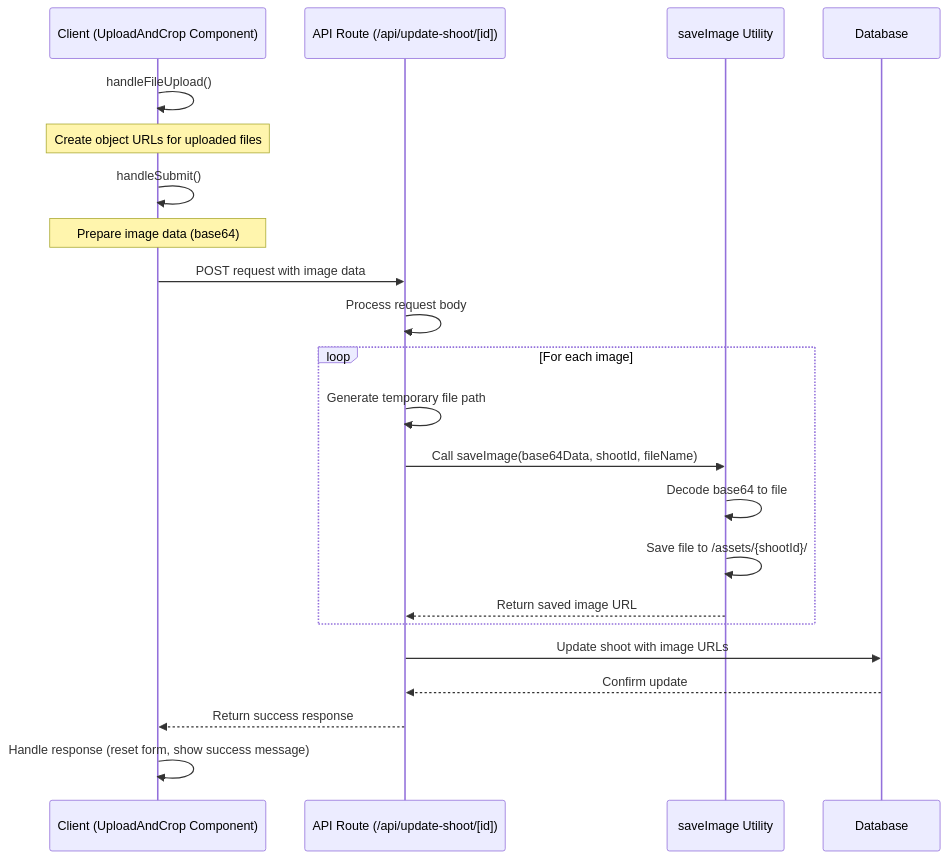
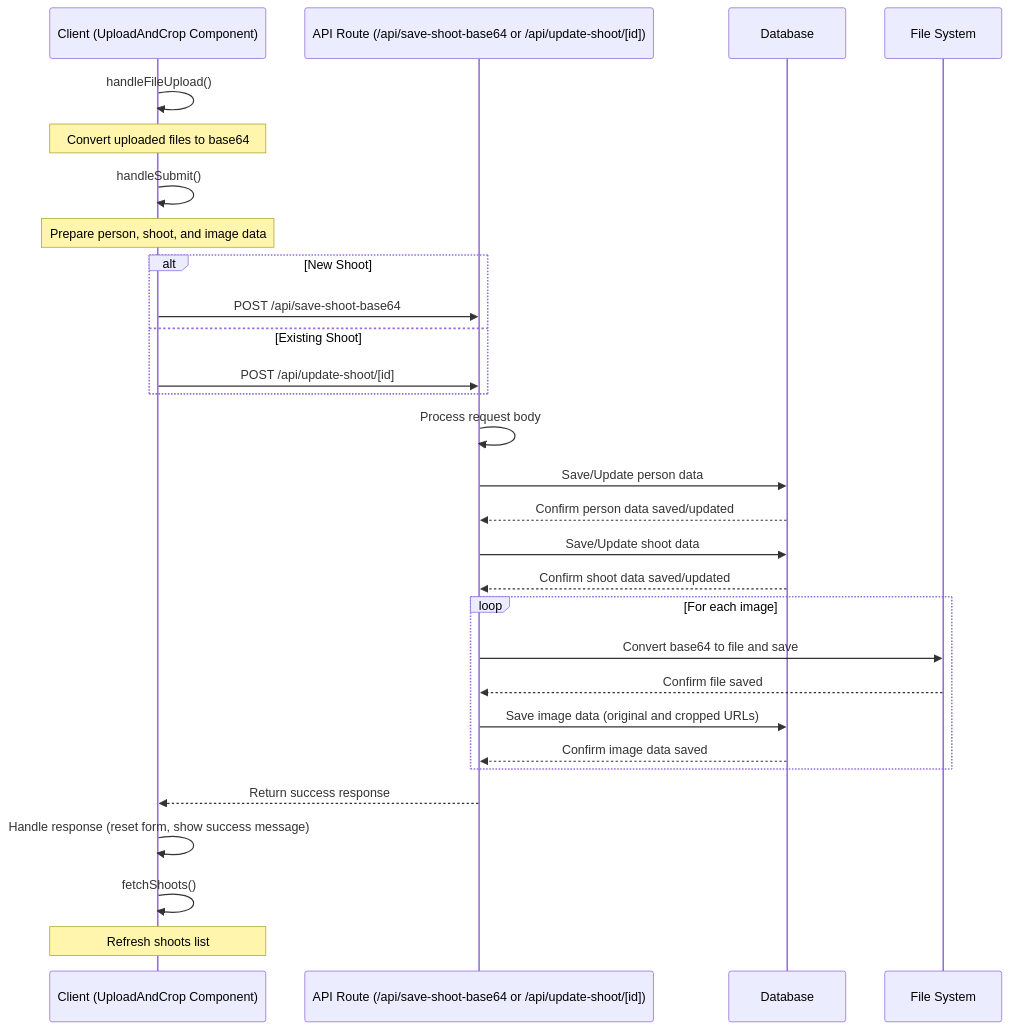
One commit to misterfancysocks/img-model-training-experiment changed the diagram in _specs/upload-and-crop/img-upload-diagram.md. Above: the diagram before and after it, drawn with Mermaid. The commit also changed 8 other files, not shown here.

````diff
--- a/_specs/upload-and-crop/img-upload-diagram.md
+++ b/_specs/upload-and-crop/img-upload-diagram.md
@@ -1,30 +1,40 @@
 ```mermaid
 sequenceDiagram
     participant Client as Client (UploadAndCrop Component)
-    participant API as API Route (/api/update-shoot/[id])
-    participant SaveImage as saveImage Utility
+    participant API as API Route (/api/save-shoot-base64 or /api/update-shoot/[id])
     participant DB as Database
+    participant FS as File System
 
     Client->>Client: handleFileUpload()
-    Note over Client: Create object URLs for uploaded files
+    Note over Client: Convert uploaded files to base64
 
     Client->>Client: handleSubmit()
-    Note over Client: Prepare image data (base64)
+    Note over Client: Prepare person, shoot, and image data
 
-    Client->>API: POST request with image data
+    alt New Shoot
+        Client->>API: POST /api/save-shoot-base64
+    else Existing Shoot
+        Client->>API: POST /api/update-shoot/[id]
+    end
+
     API->>API: Process request body
     
+    API->>DB: Save/Update person data
+    DB-->>API: Confirm person data saved/updated
+
+    API->>DB: Save/Update shoot data
+    DB-->>API: Confirm shoot data saved/updated
+
     loop For each image
-        API->>API: Generate temporary file path
-        API->>SaveImage: Call saveImage(base64Data, shootId, fileName)
-        SaveImage->>SaveImage: Decode base64 to file
-        SaveImage->>SaveImage: Save file to /assets/{shootId}/
-        SaveImage-->>API: Return saved image URL
+        API->>FS: Convert base64 to file and save
+        FS-->>API: Confirm file saved
+        API->>DB: Save image data (original and cropped URLs)
+        DB-->>API: Confirm image data saved
     end
 
-    API->>DB: Update shoot with image URLs
-    DB-->>API: Confirm update
     API-->>Client: Return success response
 
     Client->>Client: Handle response (reset form, show success message)
+    Client->>Client: fetchShoots()
+    Note over Client: Refresh shoots list
 ```
````
